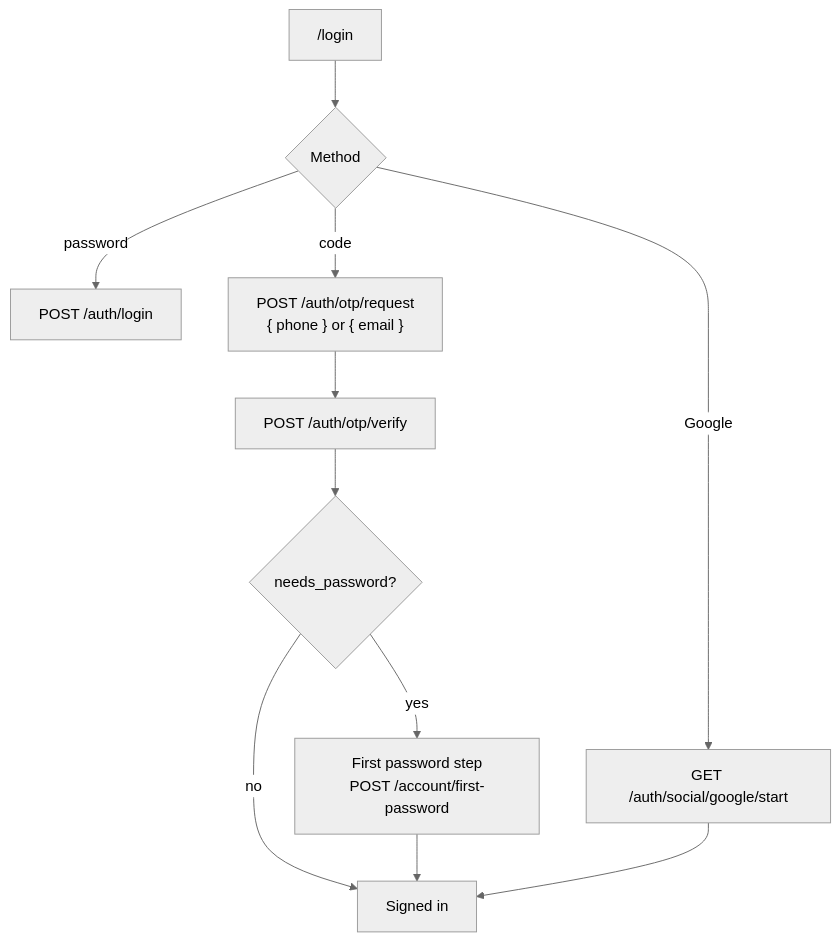
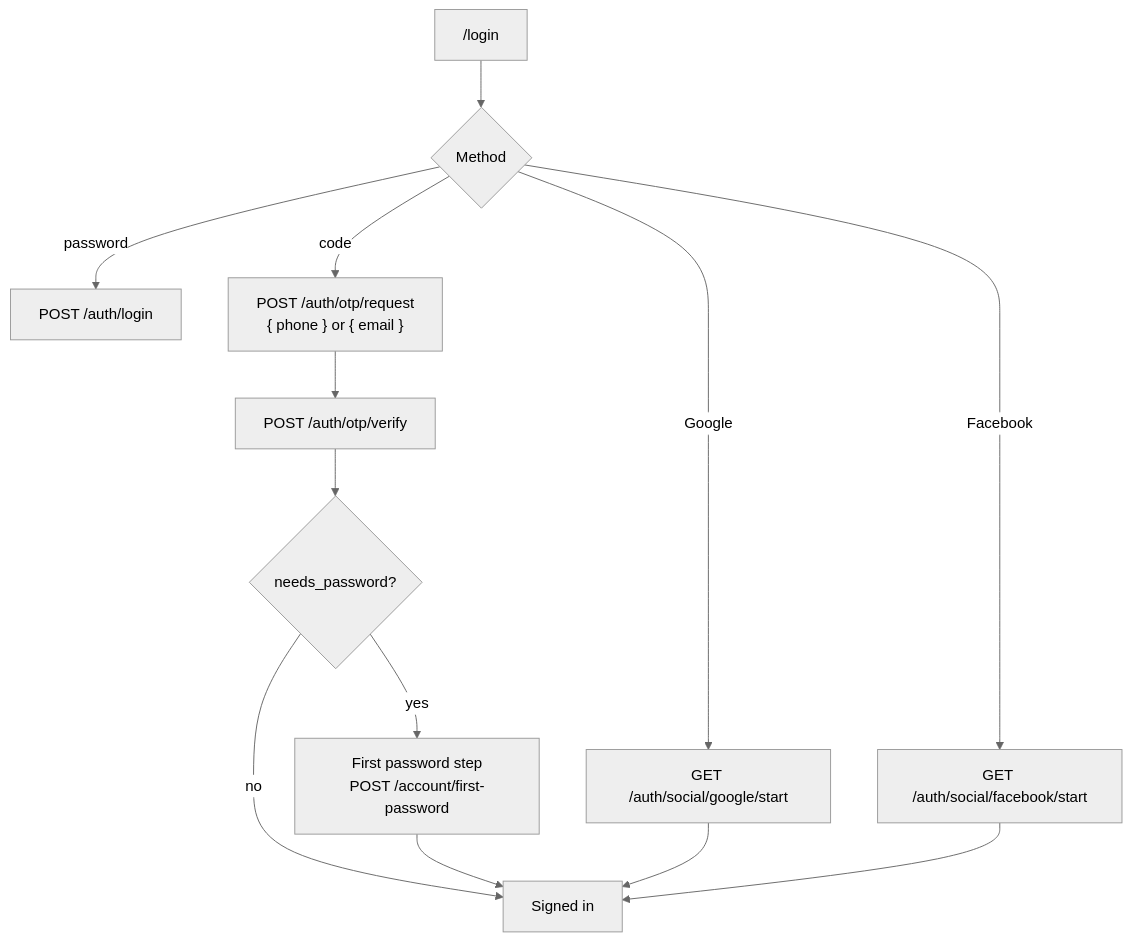
The eighth of 8 diagrams in docs/architecture/02-auth-and-multitenancy.md (tareq89/biddaloy), drawn with Mermaid (neutral theme) before and after one commit. The commit also changed other lines of this file and 47 other files, not shown here.

````diff
--- a/docs/architecture/02-auth-and-multitenancy.md
+++ b/docs/architecture/02-auth-and-multitenancy.md
@@ -405,13 +405,15 @@
 ```mermaid
 flowchart TD
     A["/login"] --> B{"Method"}
     B -- "password" --> P["POST /auth/login"]
     B -- "code" --> C["POST /auth/otp/request<br/>{ phone } or { email }"]
     C --> V["POST /auth/otp/verify"]
     B -- "Google" --> G["GET /auth/social/google/start"]
+    B -- "Facebook" --> FB["GET /auth/social/facebook/start"]
     V --> N{"needs_password?"}
     N -- yes --> F["First password step<br/>POST /account/first-password"]
     N -- no --> S["Signed in"]
     F --> S
     G --> S
+    FB --> S
 ```
````
